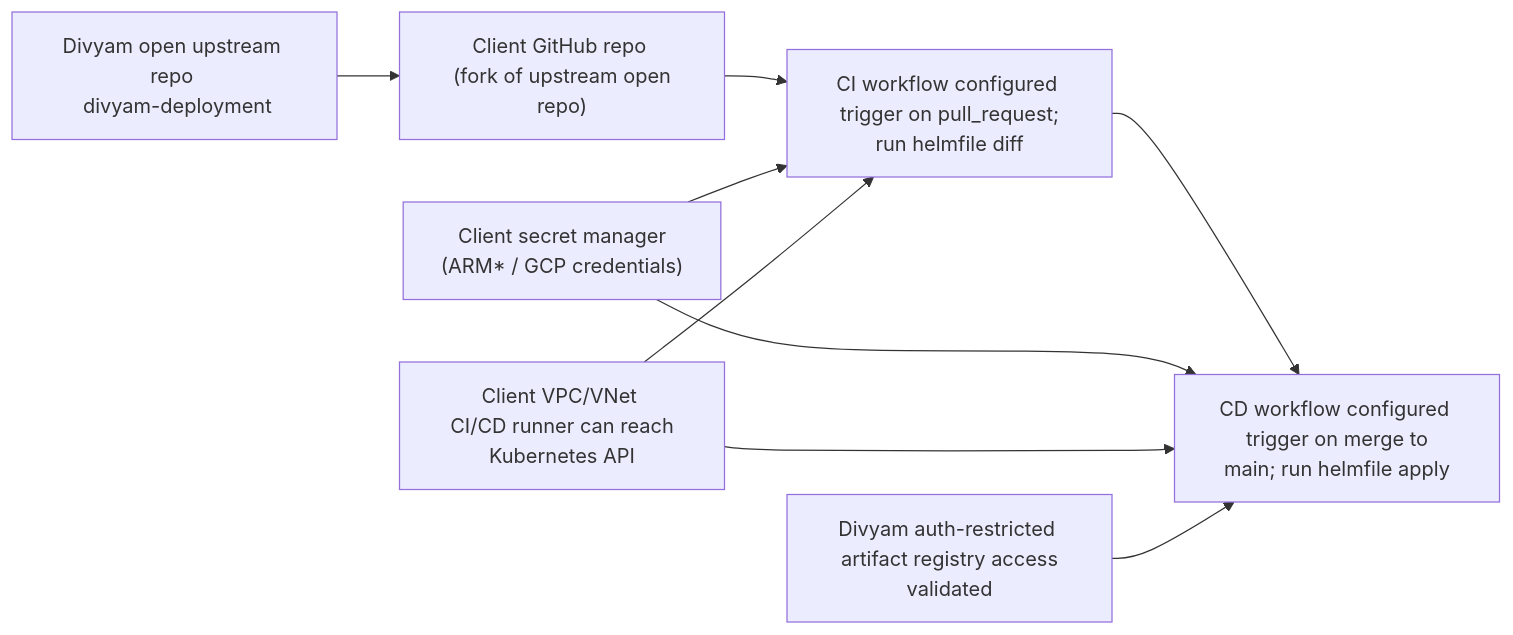
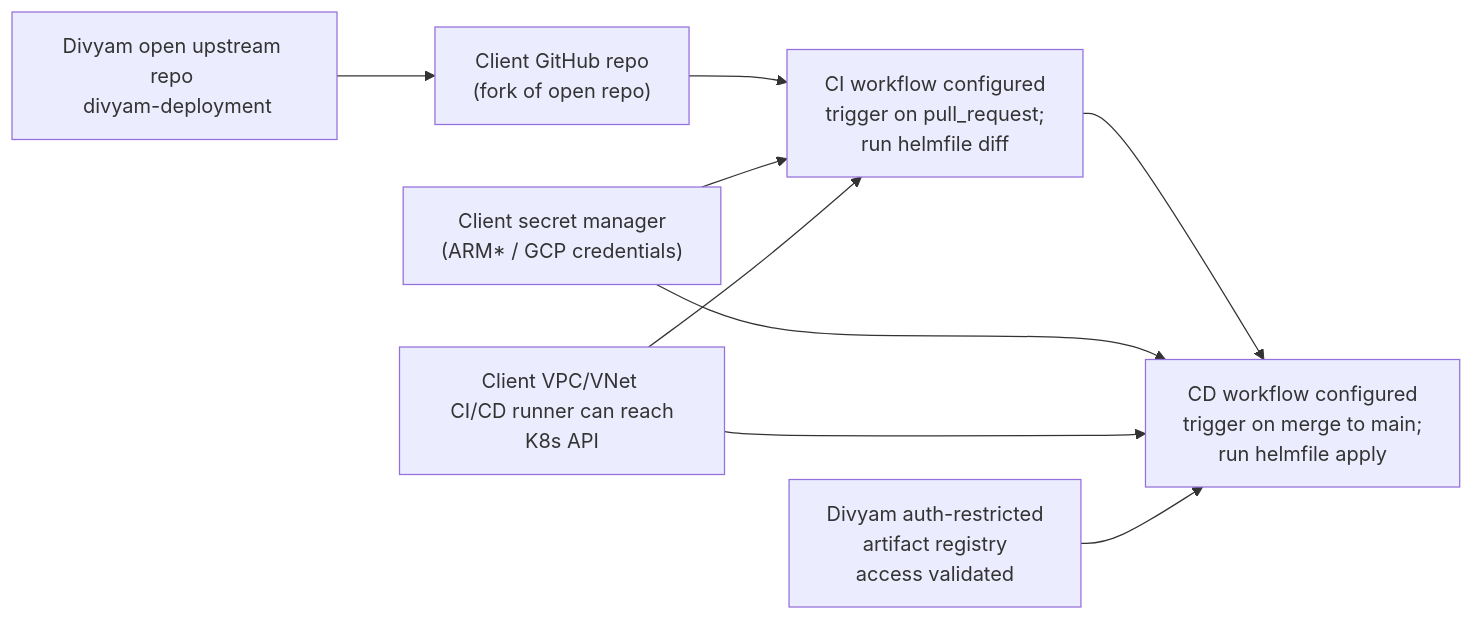
Before and after one commit to Divyam-AI/divyam-deployment: the first of 3 diagrams in k8s/docs/cicd-overview.md, drawn with Mermaid.

````diff
--- a/k8s/docs/cicd-overview.md
+++ b/k8s/docs/cicd-overview.md
@@ -13,17 +13,17 @@
 ```mermaid
 flowchart LR
   U["Divyam open upstream repo \n divyam-deployment"]
-  M["Client GitHub repo \n (fork of upstream open repo)"]
+  M["Client GitHub repo \n (fork of open repo)"]
   S["Client secret manager \n (ARM* / GCP credentials)"]
-  N["Client VPC/VNet \n CI/CD runner can reach Kubernetes API"]
-  C["CI workflow configured \n trigger on pull_request; run helmfile diff"]
-  D["CD workflow configured \n trigger on merge to main; run helmfile apply"]
-  R["Divyam auth-restricted \n artifact registry access validated"]
+  N["Client VPC/VNet \n CI/CD runner can reach K8s API"]
+  C["CI workflow configured \n trigger on pull_request; \n run helmfile diff"]
+  D["CD workflow configured \n trigger on merge to main; \n run helmfile apply"]
+  R["Divyam auth-restricted \n artifact registry \n access validated"]
 
   U --> M --> C --> D
   S --> C
   S --> D
   N --> C
   N --> D
   R --> D
 ```
````
